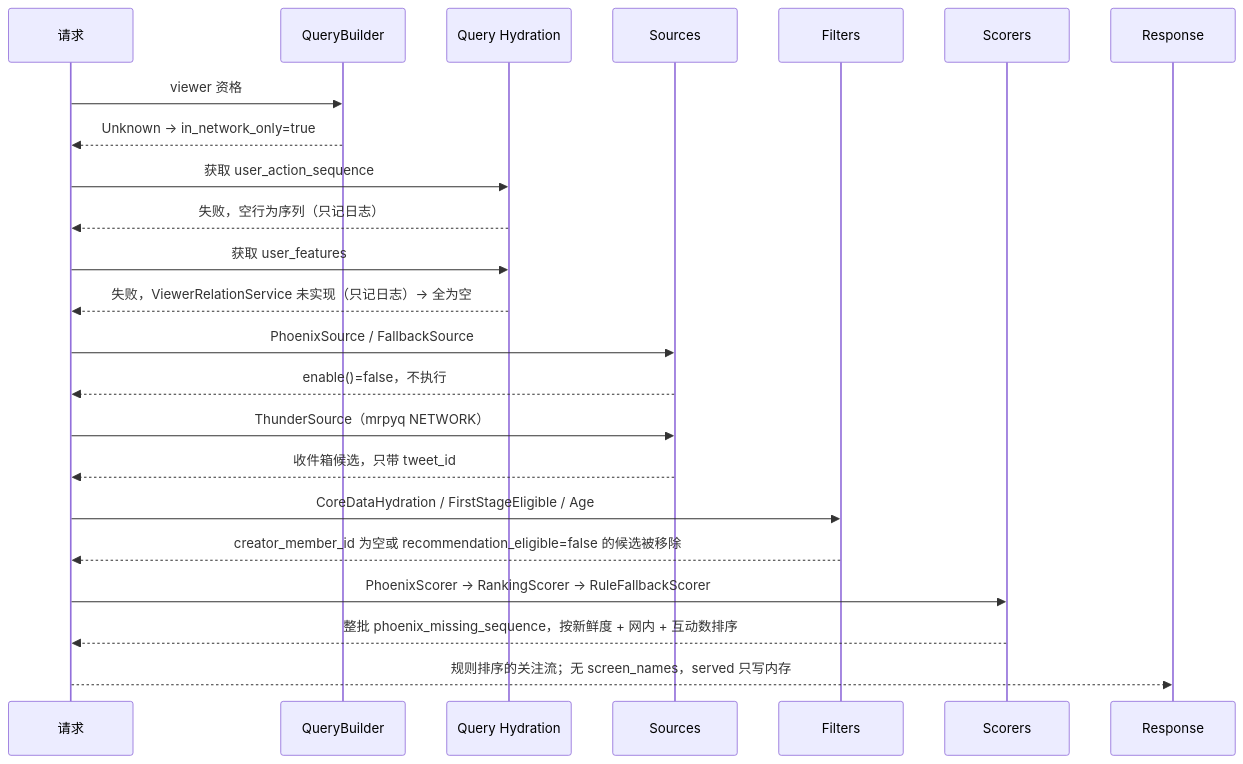
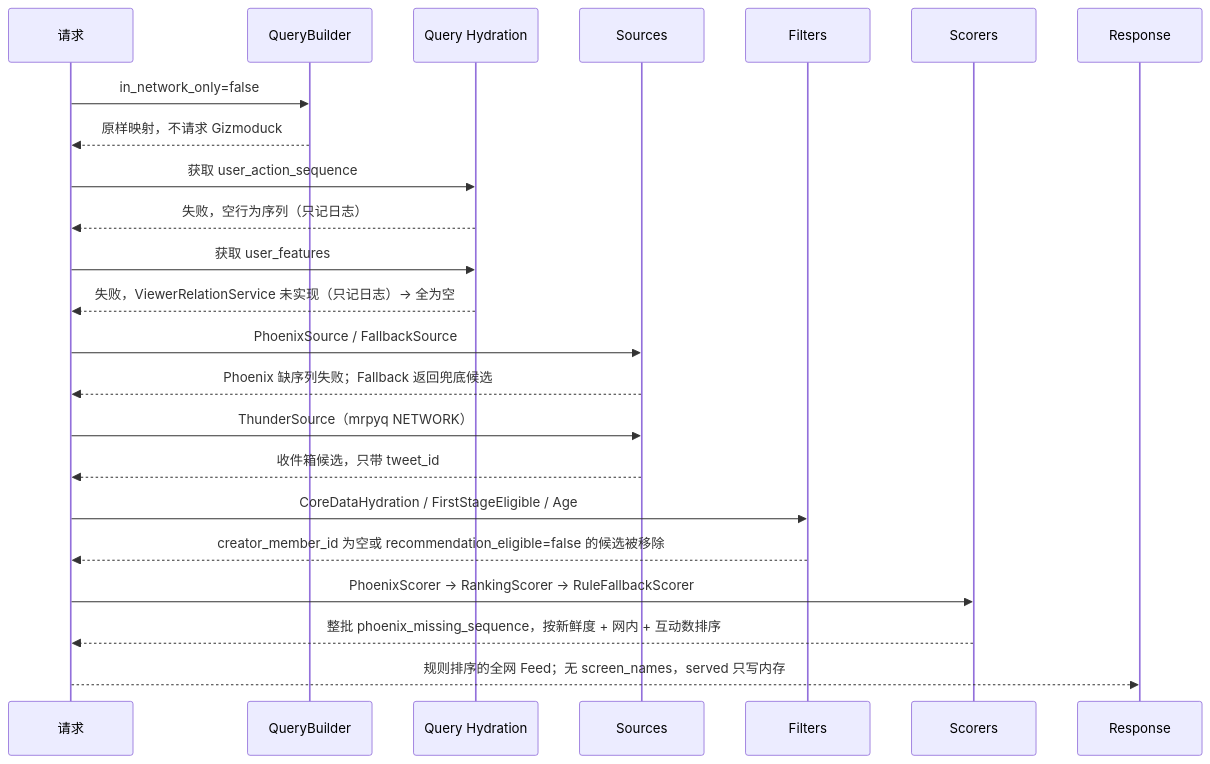
Before and after one commit to freefcw/x-algorithm: the second of 2 diagrams in docs/home-mixer/10-end-to-end-example.md, drawn with Mermaid. The commit also changed other lines of this file and 19 other files, not shown here.

````diff
--- a/docs/home-mixer/10-end-to-end-example.md
+++ b/docs/home-mixer/10-end-to-end-example.md
@@ -227,33 +227,33 @@
 ```mermaid
 sequenceDiagram
     participant Req as 请求
     participant QB as QueryBuilder
     participant QH as Query Hydration
     participant SRC as Sources
     participant FIL as Filters
     participant SCO as Scorers
     participant Resp as Response
 
-    Req->>QB: viewer 资格
-    QB-->>Req: Unknown → in_network_only=true
+    Req->>QB: in_network_only=false
+    QB-->>Req: 原样映射，不请求 Gizmoduck
 
     Req->>QH: 获取 user_action_sequence
     QH-->>Req: 失败，空行为序列（只记日志）
 
     Req->>QH: 获取 user_features
     QH-->>Req: 失败，ViewerRelationService 未实现（只记日志）→ 全为空
 
     Req->>SRC: PhoenixSource / FallbackSource
-    SRC-->>Req: enable()=false，不执行
+    SRC-->>Req: Phoenix 缺序列失败；Fallback 返回兜底候选
 
     Req->>SRC: ThunderSource（mrpyq NETWORK）
     SRC-->>Req: 收件箱候选，只带 tweet_id
 
     Req->>FIL: CoreDataHydration / FirstStageEligible / Age
     FIL-->>Req: creator_member_id 为空或 recommendation_eligible=false 的候选被移除
 
     Req->>SCO: PhoenixScorer → RankingScorer → RuleFallbackScorer
     SCO-->>Req: 整批 phoenix_missing_sequence，按新鲜度 + 网内 + 互动数排序
 
-    Req-->>Resp: 规则排序的关注流；无 screen_names，served 只写内存
+    Req-->>Resp: 规则排序的全网 Feed；无 screen_names，served 只写内存
 ```
````
